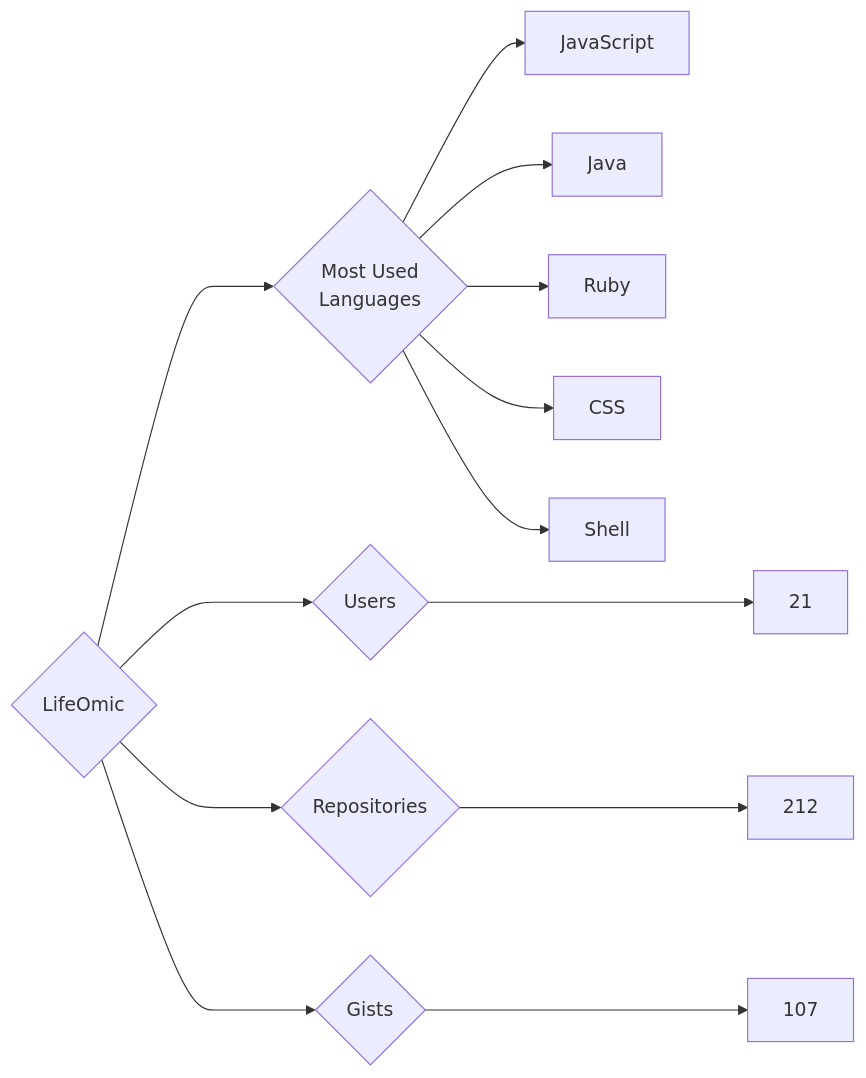
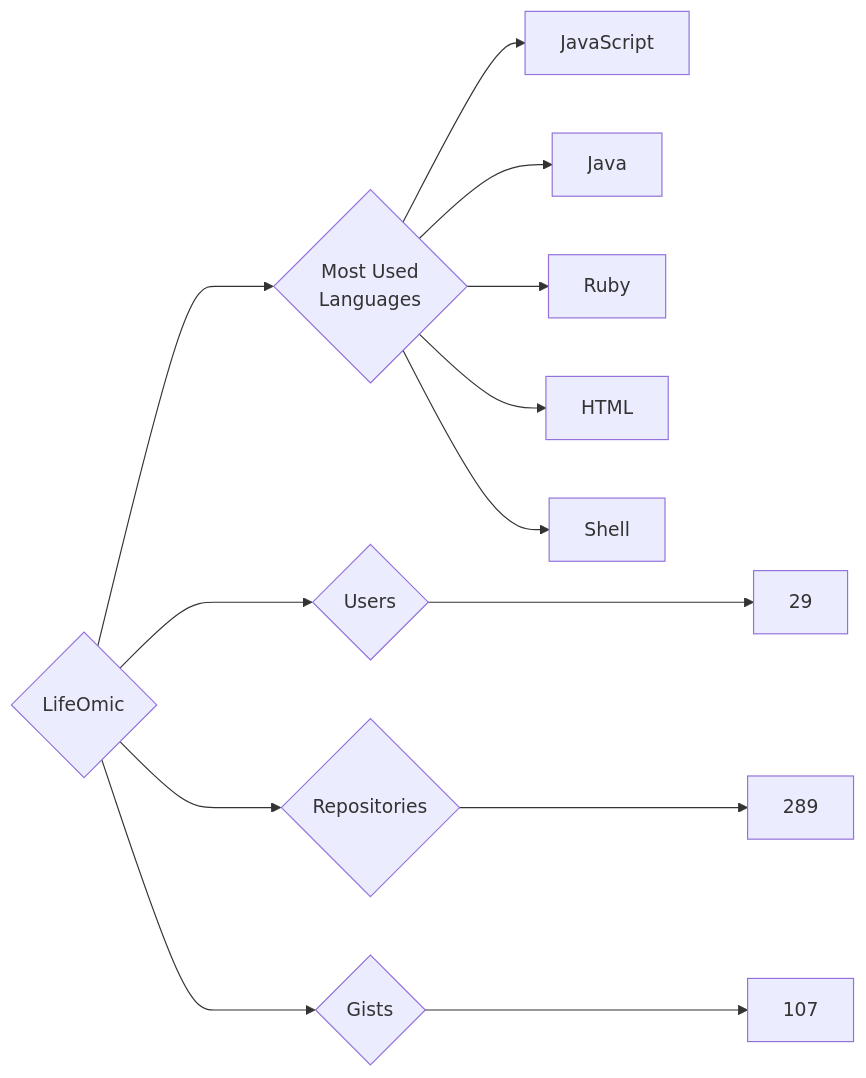
Before and after one commit to trickest/insiders: the diagram in targets/LifeOmic/README.md, drawn with Mermaid. The commit also changed 925 other files, not shown here.

````diff
--- a/targets/LifeOmic/README.md
+++ b/targets/LifeOmic/README.md
@@ -3,13 +3,13 @@
 ```mermaid
 graph LR
 COMPANY_NAME{LifeOmic}
-COMPANY_NAME ---> U{Users} ---> UN[21]
-COMPANY_NAME ---> R{Repositories} ---> RN[212]
+COMPANY_NAME ---> U{Users} ---> UN[29]
+COMPANY_NAME ---> R{Repositories} ---> RN[289]
 COMPANY_NAME ---> G{Gists} ---> GN[107]
 COMPANY_NAME ---> ML{Most Used<br>Languages}
 ML --> JavaScript[JavaScript]
 ML --> Java[Java]
 ML --> Ruby[Ruby]
-ML --> CSS[CSS]
+ML --> HTML[HTML]
 ML --> Shell[Shell]
 ```
````
